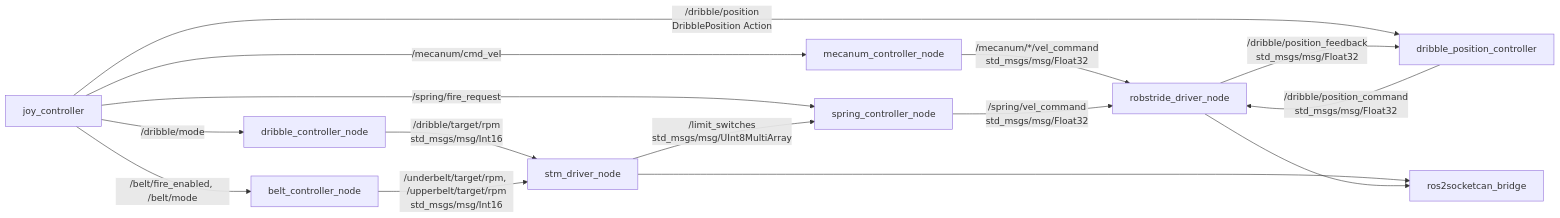
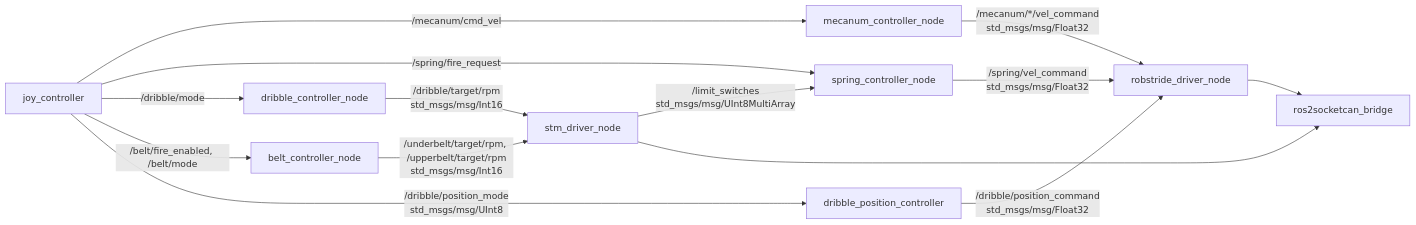
The diagram in ros2_ws/src/robot_controller/README.md (rodep-soft/rox2026), drawn with Mermaid before and after one commit. The commit also changed other lines of this file and 7 other files, not shown here.

````diff
--- a/ros2_ws/src/robot_controller/README.md
+++ b/ros2_ws/src/robot_controller/README.md
@@ -7,29 +7,28 @@
 ```mermaid
 flowchart LR
   joy[joy_controller]
   mecanum[mecanum_controller_node]
   spring[spring_controller_node]
   dribble[dribble_controller_node]
   position[dribble_position_controller]
   belt[belt_controller_node]
   stm_driver[stm_driver_node]
   robstride_driver[robstride_driver_node]
   bridge[ros2socketcan_bridge]
 
   joy -->|/mecanum/cmd_vel| mecanum
   joy -->|/spring/fire_request| spring
   joy -->|/dribble/mode| dribble
   joy -->|/belt/fire_enabled, /belt/mode| belt
-  joy -->|/dribble/position\nDribblePosition Action| position
+  joy -->|/dribble/position_mode\nstd_msgs/msg/UInt8| position
 
   mecanum -->|/mecanum/*/vel_command\nstd_msgs/msg/Float32| robstride_driver
   spring -->|/spring/vel_command\nstd_msgs/msg/Float32| robstride_driver
   dribble -->|/dribble/target/rpm\nstd_msgs/msg/Int16| stm_driver
   belt -->|/underbelt/target/rpm, /upperbelt/target/rpm\nstd_msgs/msg/Int16| stm_driver
   position -->|/dribble/position_command\nstd_msgs/msg/Float32| robstride_driver
   stm_driver -->|/limit_switches\nstd_msgs/msg/UInt8MultiArray| spring
-  robstride_driver -->|/dribble/position_feedback\nstd_msgs/msg/Float32| position
 
   stm_driver --> bridge
   robstride_driver --> bridge
 ```
````
